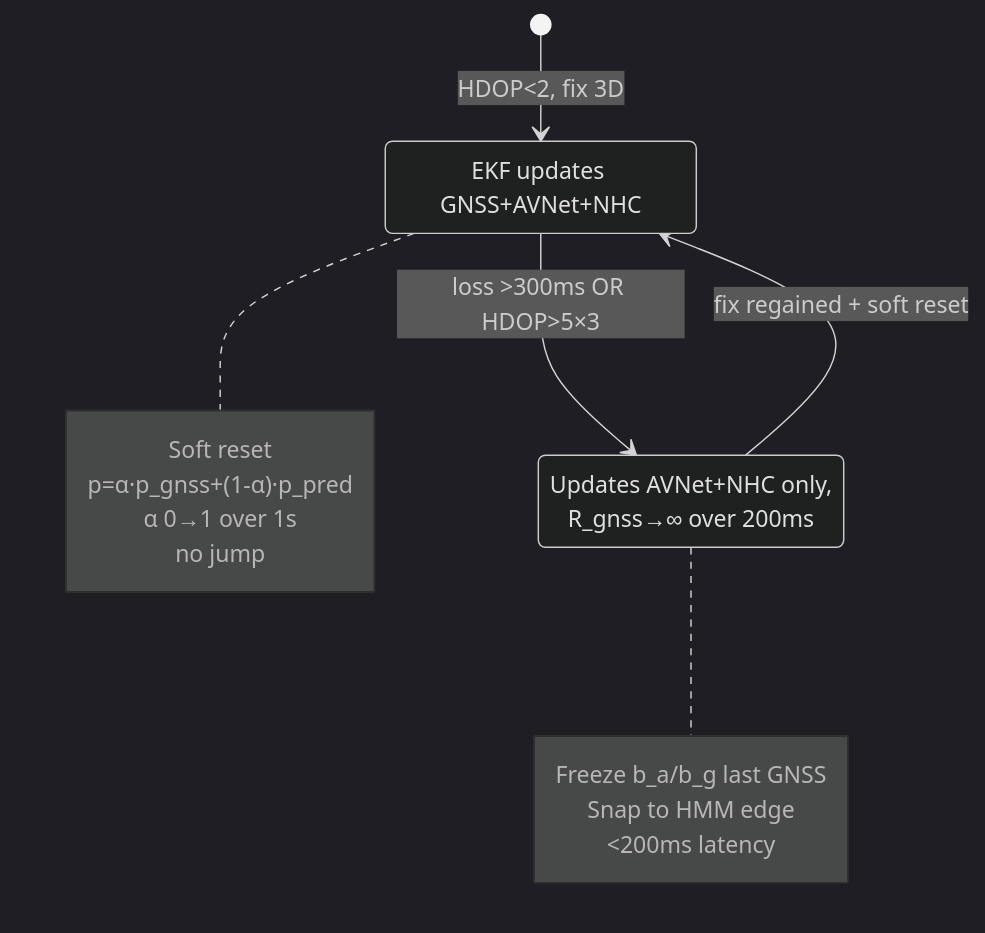
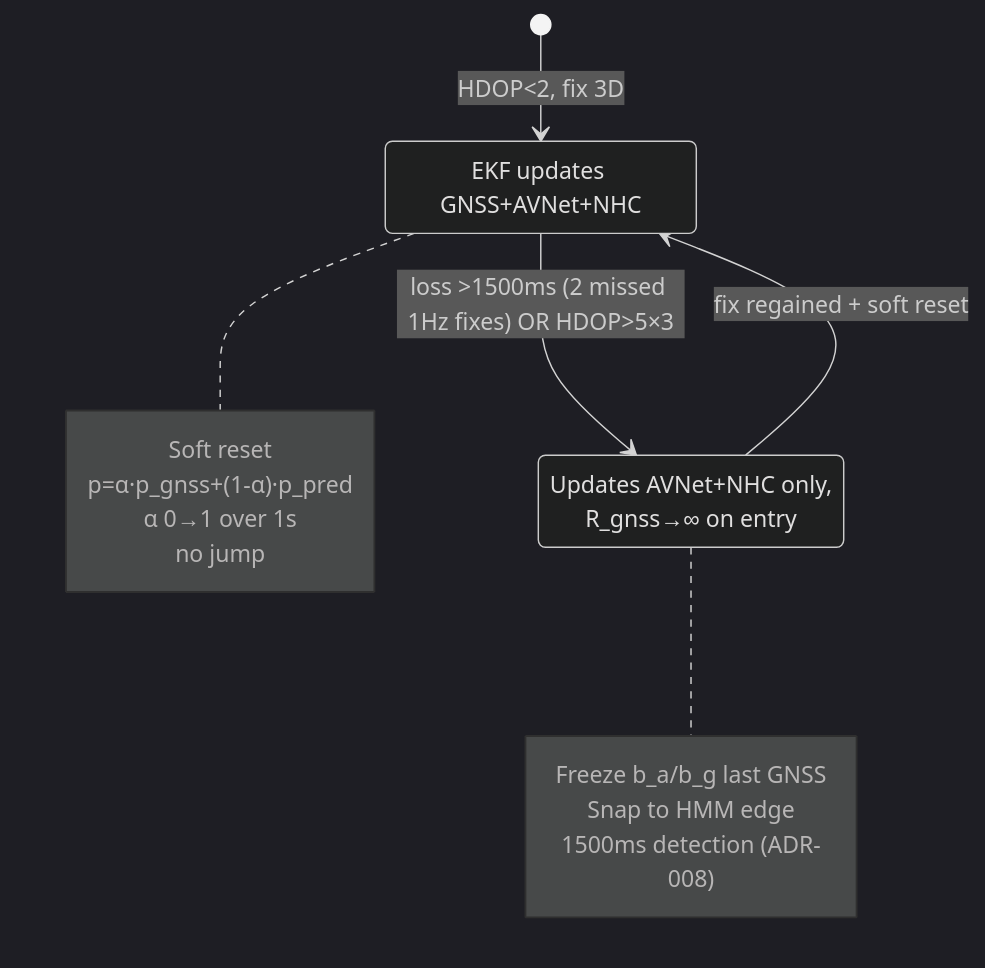
Before and after one commit to Himanshu121865/sih26168: the fifth of 6 diagrams in docs/ARCHITECTURE.md, drawn with Mermaid (dark theme). The commit also changed other lines of this file and 6 other files, not shown here.

Commit message:
adr-008: loss window 300ms to 1500ms, accept, update tests+docs

````diff
--- a/docs/ARCHITECTURE.md
+++ b/docs/ARCHITECTURE.md
@@ -157,17 +157,17 @@
 ```mermaid
 stateDiagram-v2
     [*] --> GNSS_AIDED: HDOP<2, fix 3D
-    GNSS_AIDED --> DR: loss >300ms OR HDOP>5×3
+    GNSS_AIDED --> DR: loss >1500ms (2 missed 1Hz fixes) OR HDOP>5×3
     DR --> GNSS_AIDED: fix regained + soft reset
     GNSS_AIDED: EKF updates GNSS+AVNet+NHC
-    DR: Updates AVNet+NHC only,<br/>R_gnss→∞ over 200ms
+    DR: Updates AVNet+NHC only,<br/>R_gnss→∞ on entry
 
     note right of DR
         Freeze b_a/b_g last GNSS
         Snap to HMM edge
-        <200ms latency
+        1500ms detection (ADR-008)
     end note
     note right of GNSS_AIDED
         Soft reset<br/>p=α·p_gnss+(1-α)·p_pred<br/>α 0→1 over 1s<br/>no jump
     end note
 ```
````
